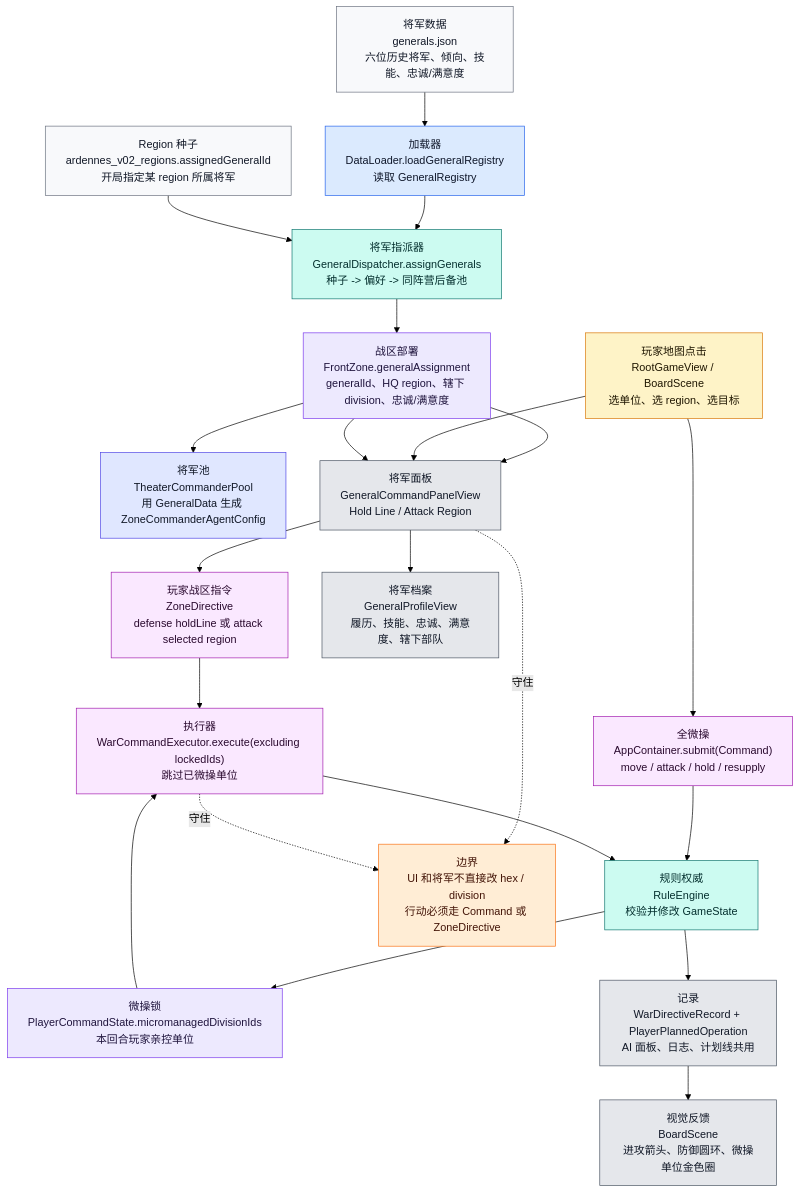
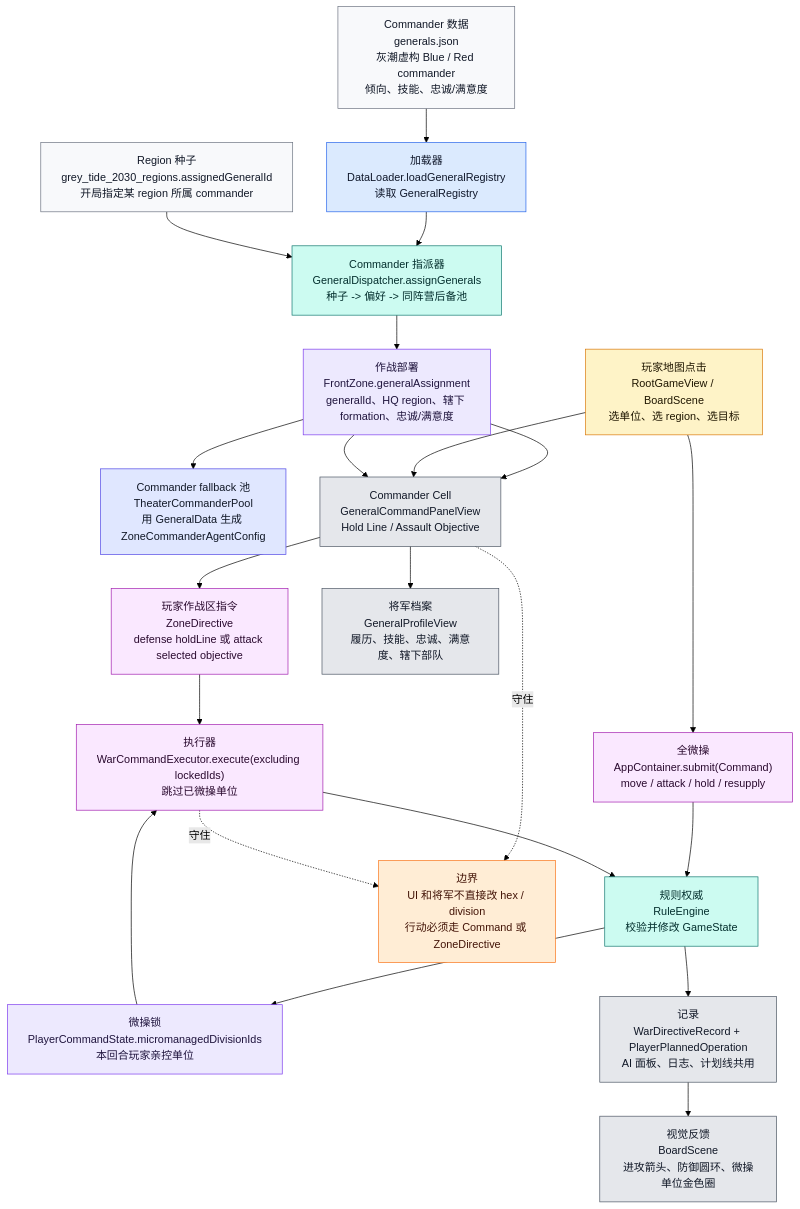
Diagram 20 of 20 in md/flow/flowchart.md (Altman-sam114/127), drawn with Mermaid (forest theme) before and after one commit. The commit also changed other lines of this file and 43 other files, not shown here.

````diff
--- a/md/flow/flowchart.md
+++ b/md/flow/flowchart.md
@@ -765,42 +771,42 @@
 ```mermaid
 flowchart TD
-    GJSON["将军数据<br/>generals.json<br/>六位历史将军、倾向、技能、忠诚/满意度"]:::data
-    RJSON["Region 种子<br/>ardennes_v02_regions.assignedGeneralId<br/>开局指定某 region 所属将军"]:::data
+    GJSON["Commander 数据<br/>generals.json<br/>灰潮虚构 Blue / Red commander<br/>倾向、技能、忠诚/满意度"]:::data
+    RJSON["Region 种子<br/>grey_tide_2030_regions.assignedGeneralId<br/>开局指定某 region 所属 commander"]:::data
     DL["加载器<br/>DataLoader.loadGeneralRegistry<br/>读取 GeneralRegistry"]:::loader
-    DISP["将军指派器<br/>GeneralDispatcher.assignGenerals<br/>种子 -> 偏好 -> 同阵营后备池"]:::rules
-    FZ["战区部署<br/>FrontZone.generalAssignment<br/>generalId、HQ region、辖下 division、忠诚/满意度"]:::state
-    POOL["将军池<br/>TheaterCommanderPool<br/>用 GeneralData 生成 ZoneCommanderAgentConfig"]:::ai
+    DISP["Commander 指派器<br/>GeneralDispatcher.assignGenerals<br/>种子 -> 偏好 -> 同阵营后备池"]:::rules
+    FZ["作战部署<br/>FrontZone.generalAssignment<br/>generalId、HQ region、辖下 formation、忠诚/满意度"]:::state
+    POOL["Commander fallback 池<br/>TheaterCommanderPool<br/>用 GeneralData 生成 ZoneCommanderAgentConfig"]:::ai
 
     TAP["玩家地图点击<br/>RootGameView / BoardScene<br/>选单位、选 region、选目标"]:::input
     MICRO["全微操<br/>AppContainer.submit(Command)<br/>move / attack / hold / resupply"]:::command
     LOCK["微操锁<br/>PlayerCommandState.micromanagedDivisionIds<br/>本回合玩家亲控单位"]:::state
-    GENUI["将军面板<br/>GeneralCommandPanelView<br/>Hold Line / Attack Region"]:::ui
-    ZD["玩家战区指令<br/>ZoneDirective<br/>defense holdLine 或 attack selected region"]:::command
+    GENUI["Commander Cell<br/>GeneralCommandPanelView<br/>Hold Line / Assault Objective"]:::ui
+    ZD["玩家作战区指令<br/>ZoneDirective<br/>defense holdLine 或 attack selected objective"]:::command
     WCE["执行器<br/>WarCommandExecutor.execute(excluding lockedIds)<br/>跳过已微操单位"]:::command
     RE["规则权威<br/>RuleEngine<br/>校验并修改 GameState"]:::rules
     RECORD["记录<br/>WarDirectiveRecord + PlayerPlannedOperation<br/>AI 面板、日志、计划线共用"]:::ui
     BOARD["视觉反馈<br/>BoardScene<br/>进攻箭头、防御圆环、微操单位金色圈"]:::ui
     PROFILE["将军档案<br/>GeneralProfileView<br/>履历、技能、忠诚、满意度、辖下部队"]:::ui
 
     GJSON --> DL --> DISP
     RJSON --> DISP --> FZ --> POOL
     FZ --> GENUI --> PROFILE
     TAP --> MICRO --> RE --> LOCK
     LOCK --> WCE
     TAP --> GENUI --> ZD --> WCE --> RE --> RECORD --> BOARD
     FZ --> GENUI
 
     WARN["边界<br/>UI 和将军不直接改 hex / division<br/>行动必须走 Command 或 ZoneDirective"]:::warn
     GENUI -.守住.-> WARN
     WCE -.守住.-> WARN
 
     classDef data fill:#f8f9fb,stroke:#6b7280,color:#111827
     classDef loader fill:#dbeafe,stroke:#2563eb,color:#0f172a
     classDef state fill:#ede9fe,stroke:#7c3aed,color:#1f143d
     classDef ai fill:#e0e7ff,stroke:#4f46e5,color:#111827
     classDef input fill:#fef3c7,stroke:#d97706,color:#1f1600
     classDef command fill:#fae8ff,stroke:#a21caf,color:#2a0a2f
     classDef rules fill:#ccfbf1,stroke:#0f766e,color:#042f2e
     classDef ui fill:#e5e7eb,stroke:#4b5563,color:#111827
     classDef warn fill:#ffedd5,stroke:#f97316,color:#431407
 ```
````
